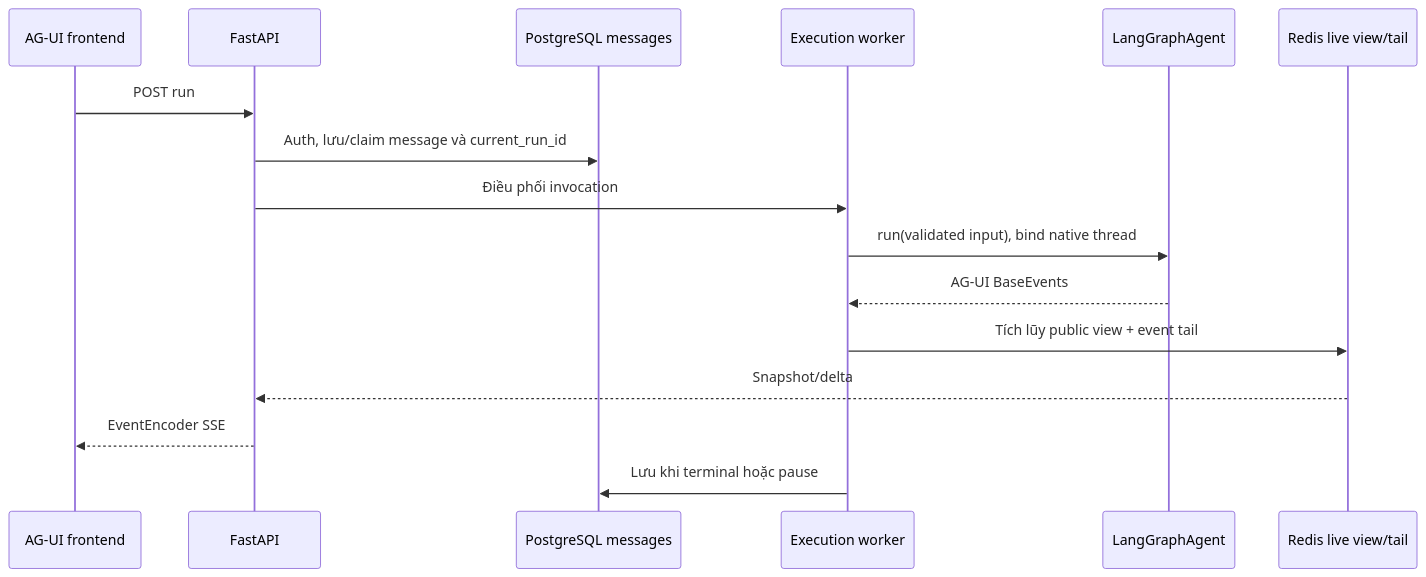
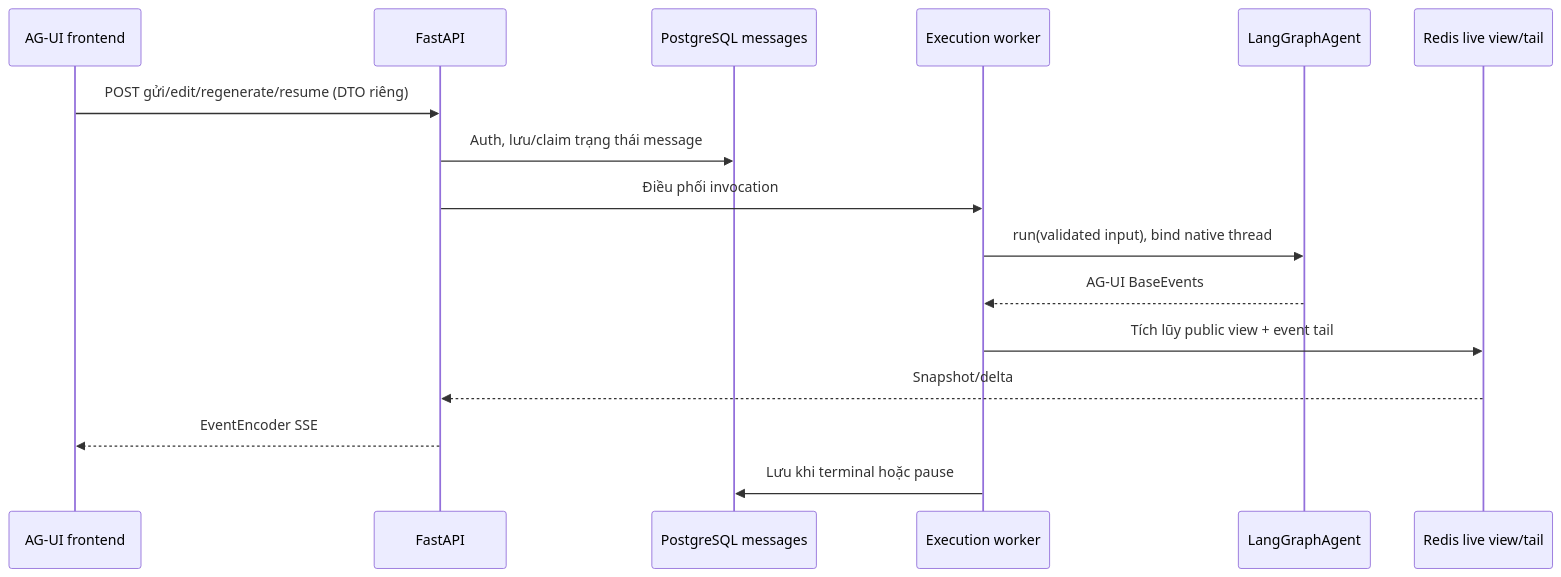
One commit to Lam-Hung-ai/full_stack_ai_agent changed the diagram in docs/chat_development/copilotkit-agui-integration.md. Above: the diagram before and after it, drawn with Mermaid. The commit also changed other lines of this file and 8 other files, not shown here.

````diff
--- a/docs/chat_development/copilotkit-agui-integration.md
+++ b/docs/chat_development/copilotkit-agui-integration.md
@@ -20,18 +20,18 @@
 ```mermaid
 sequenceDiagram
     participant FE as AG-UI frontend
     participant API as FastAPI
     participant DB as PostgreSQL messages
     participant W as Execution worker
     participant AG as LangGraphAgent
     participant R as Redis live view/tail
-    FE->>API: POST run
-    API->>DB: Auth, lưu/claim message và current_run_id
+    FE->>API: POST gửi/edit/regenerate/resume (DTO riêng)
+    API->>DB: Auth, lưu/claim trạng thái message
     API->>W: Điều phối invocation
     W->>AG: run(validated input), bind native thread
     AG-->>W: AG-UI BaseEvents
     W->>R: Tích lũy public view + event tail
     R-->>API: Snapshot/delta
     API-->>FE: EventEncoder SSE
     W->>DB: Lưu khi terminal hoặc pause
 ```
````
